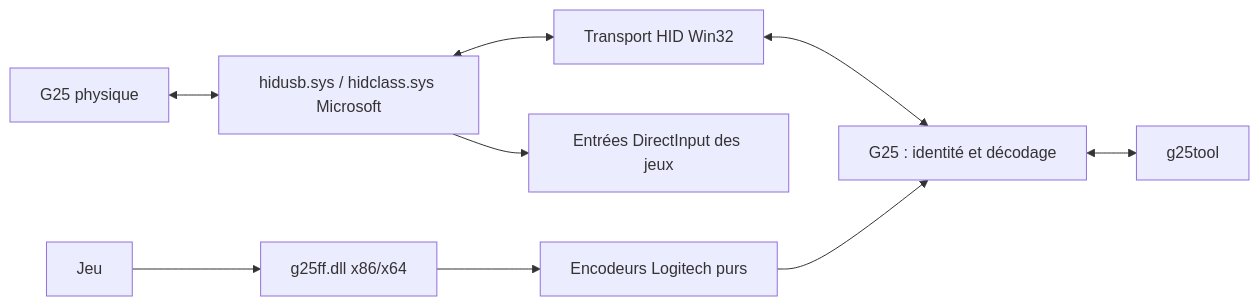
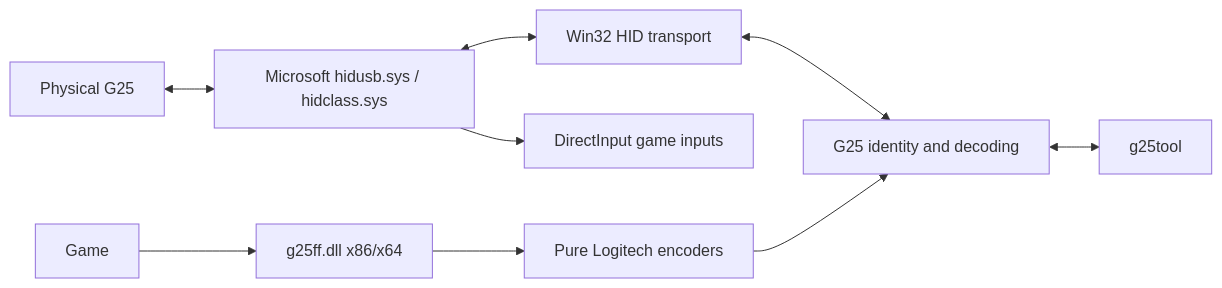
One commit to hicwic/g25-w11-driver changed the first of 2 diagrams in docs/windows_architecture.md. Above: the diagram before and after it, drawn with Mermaid. The commit also changed other lines of this file and 4 other files, not shown here.

````diff
--- a/docs/windows_architecture.md
+++ b/docs/windows_architecture.md
@@ -10,11 +10,11 @@
 ```mermaid
 flowchart LR
-    G[G25 physique] <--> H[hidusb.sys / hidclass.sys Microsoft]
-    H <--> T[Transport HID Win32]
-    T <--> D[G25 : identité et décodage]
+    G[Physical G25] <--> H[Microsoft hidusb.sys / hidclass.sys]
+    H <--> T[Win32 HID transport]
+    T <--> D[G25 identity and decoding]
     D <--> C[g25tool]
-    P[Encodeurs Logitech purs] --> D
-    H --> I[Entrées DirectInput des jeux]
-    J[Jeu] --> F[g25ff.dll x86/x64]
+    P[Pure Logitech encoders] --> D
+    H --> I[DirectInput game inputs]
+    J[Game] --> F[g25ff.dll x86/x64]
     F --> P
 ```
````
